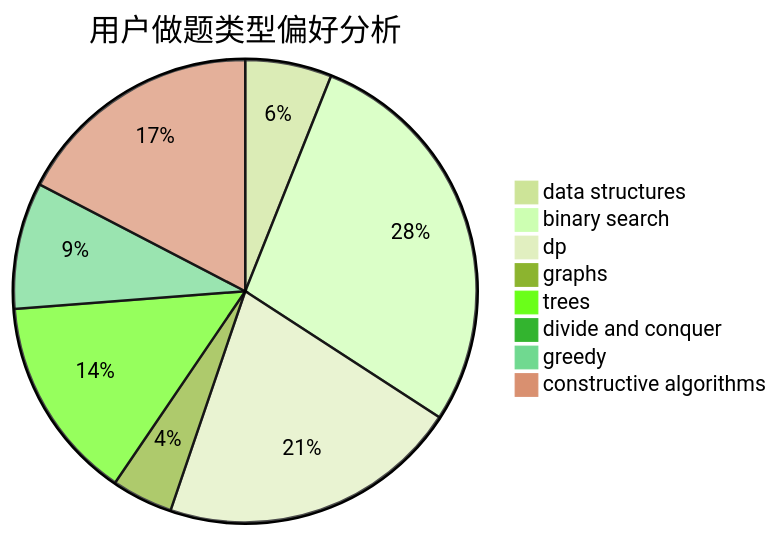
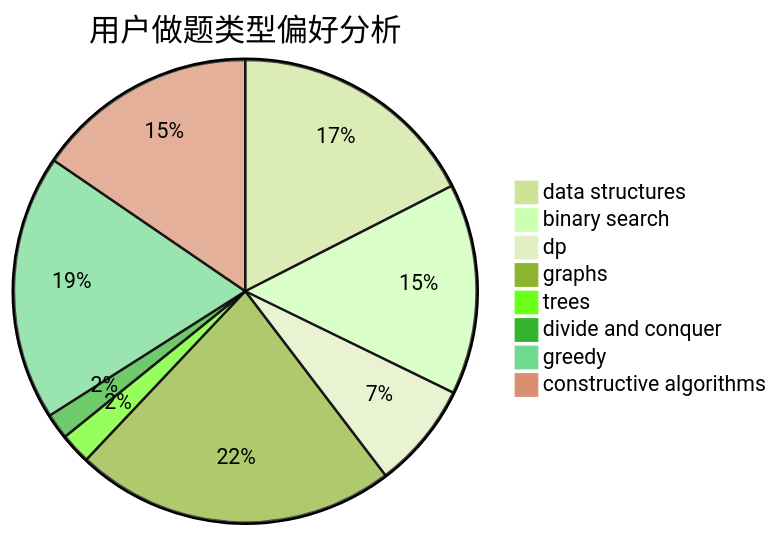
The second of 3 diagrams in docs/user/u895.md (sherpahu/cfrs.github.io), drawn with Mermaid (forest theme) before and after one commit. The commit also changed other lines of this file and 2770 other files, not shown here.

````diff
--- a/docs/user/u895.md
+++ b/docs/user/u895.md
@@ -23,11 +23,11 @@
 ```mermaid
 pie title 用户做题类型偏好分析
-    "data structures" :  41
-    "binary search" :  191
-    "dp" :  143
-    "graphs" :  29
-    "trees" :  97
-    "divide and conquer" :  0
-    "greedy" :  60
-    "constructive algorithms" :  118
+    "data structures" :  146
+    "binary search" :  123
+    "dp" :  62
+    "graphs" :  187
+    "trees" :  18
+    "divide and conquer" :  15
+    "greedy" :  155
+    "constructive algorithms" :  129
 ```
````
